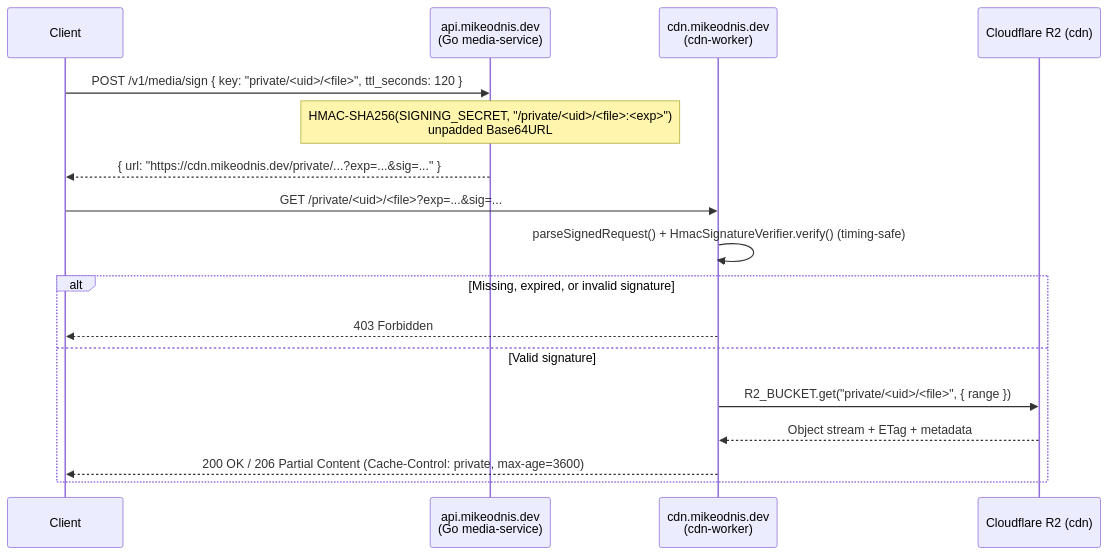
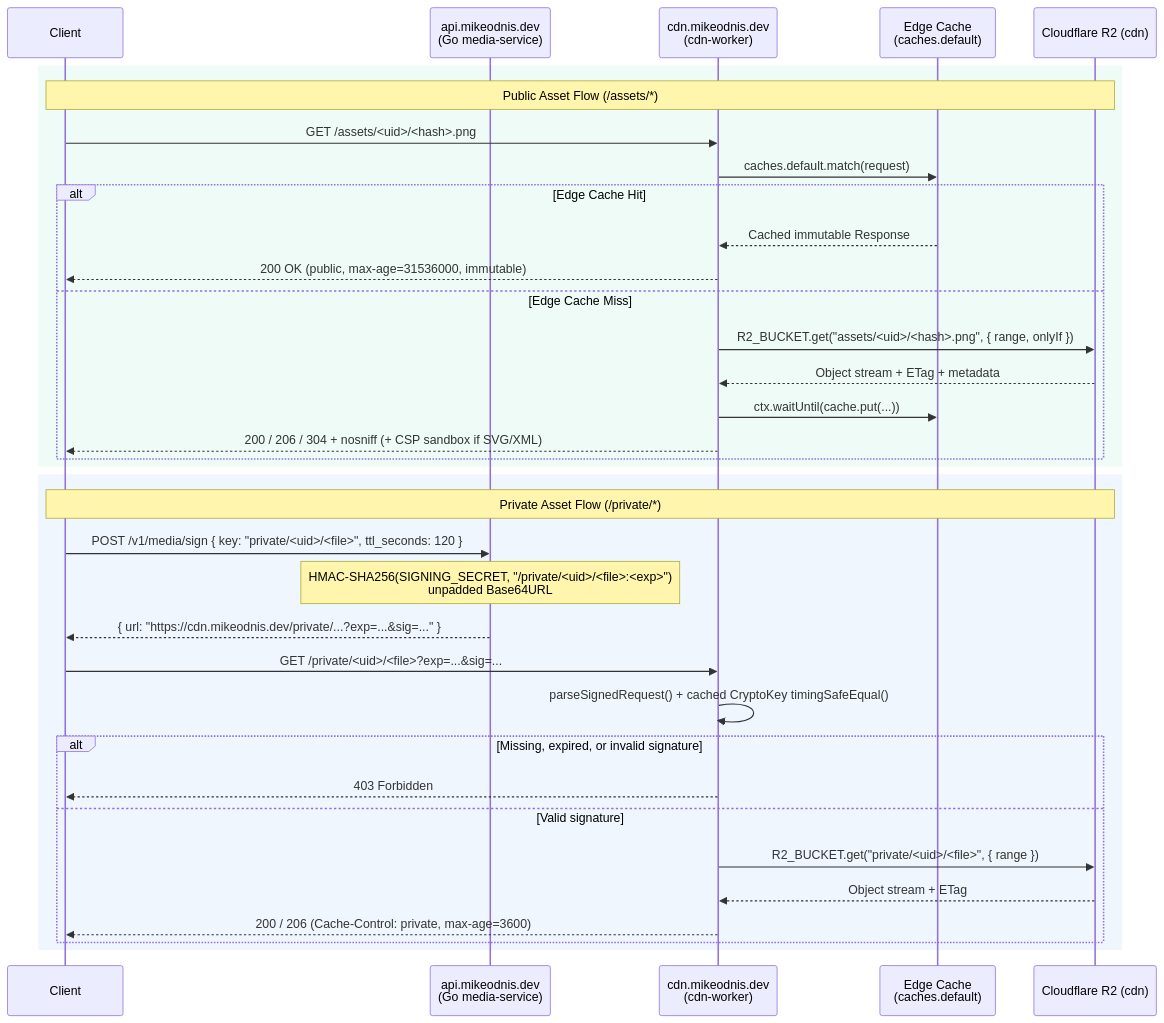
Before and after one commit to WomB0ComB0/cdn: the third of 4 diagrams in README.md, drawn with Mermaid. The commit also changed other lines of this file, not shown here.

Commit message:
docs: update README with comprehensive Hexagonal, Edge, security & CI/CD diagrams

````diff
--- a/README.md
+++ b/README.md
@@ -85,21 +86,40 @@
 ```mermaid
 sequenceDiagram
     participant Client
     participant MediaAPI as api.mikeodnis.dev<br/>(Go media-service)
     participant Worker as cdn.mikeodnis.dev<br/>(cdn-worker)
+    participant Cache as Edge Cache<br/>(caches.default)
     participant R2 as Cloudflare R2 (cdn)
 
-    Client->>MediaAPI: POST /v1/media/sign { key: "private/<uid>/<file>", ttl_seconds: 120 }
-    Note over MediaAPI: HMAC-SHA256(SIGNING_SECRET, "/private/<uid>/<file>:<exp>")<br/>unpadded Base64URL
-    MediaAPI-->>Client: { url: "https://cdn.mikeodnis.dev/private/...?exp=...&sig=..." }
+    rect rgba(37, 198, 138, 0.08)
+        Note over Client,R2: Public Asset Flow (/assets/*)
+        Client->>Worker: GET /assets/<uid>/<hash>.png
+        Worker->>Cache: caches.default.match(request)
+        alt Edge Cache Hit
+            Cache-->>Worker: Cached immutable Response
+            Worker-->>Client: 200 OK (public, max-age=31536000, immutable)
+        else Edge Cache Miss
+            Worker->>R2: R2_BUCKET.get("assets/<uid>/<hash>.png", { range, onlyIf })
+            R2-->>Worker: Object stream + ETag + metadata
+            Worker->>Cache: ctx.waitUntil(cache.put(...))
+            Worker-->>Client: 200 / 206 / 304 + nosniff (+ CSP sandbox if SVG/XML)
+        end
+    end
 
-    Client->>Worker: GET /private/<uid>/<file>?exp=...&sig=...
-    Worker->>Worker: parseSignedRequest() + HmacSignatureVerifier.verify() (timing-safe)
-    alt Missing, expired, or invalid signature
-        Worker-->>Client: 403 Forbidden
-    else Valid signature
-        Worker->>R2: R2_BUCKET.get("private/<uid>/<file>", { range })
-        R2-->>Worker: Object stream + ETag + metadata
-        Worker-->>Client: 200 OK / 206 Partial Content (Cache-Control: private, max-age=3600)
+    rect rgba(56, 142, 235, 0.08)
+        Note over Client,R2: Private Asset Flow (/private/*)
+        Client->>MediaAPI: POST /v1/media/sign { key: "private/<uid>/<file>", ttl_seconds: 120 }
+        Note over MediaAPI: HMAC-SHA256(SIGNING_SECRET, "/private/<uid>/<file>:<exp>")<br/>unpadded Base64URL
+        MediaAPI-->>Client: { url: "https://cdn.mikeodnis.dev/private/...?exp=...&sig=..." }
+
+        Client->>Worker: GET /private/<uid>/<file>?exp=...&sig=...
+        Worker->>Worker: parseSignedRequest() + cached CryptoKey timingSafeEqual()
+        alt Missing, expired, or invalid signature
+            Worker-->>Client: 403 Forbidden
+        else Valid signature
+            Worker->>R2: R2_BUCKET.get("private/<uid>/<file>", { range })
+            R2-->>Worker: Object stream + ETag
+            Worker-->>Client: 200 / 206 (Cache-Control: private, max-age=3600)
+        end
     end
 ```
````
